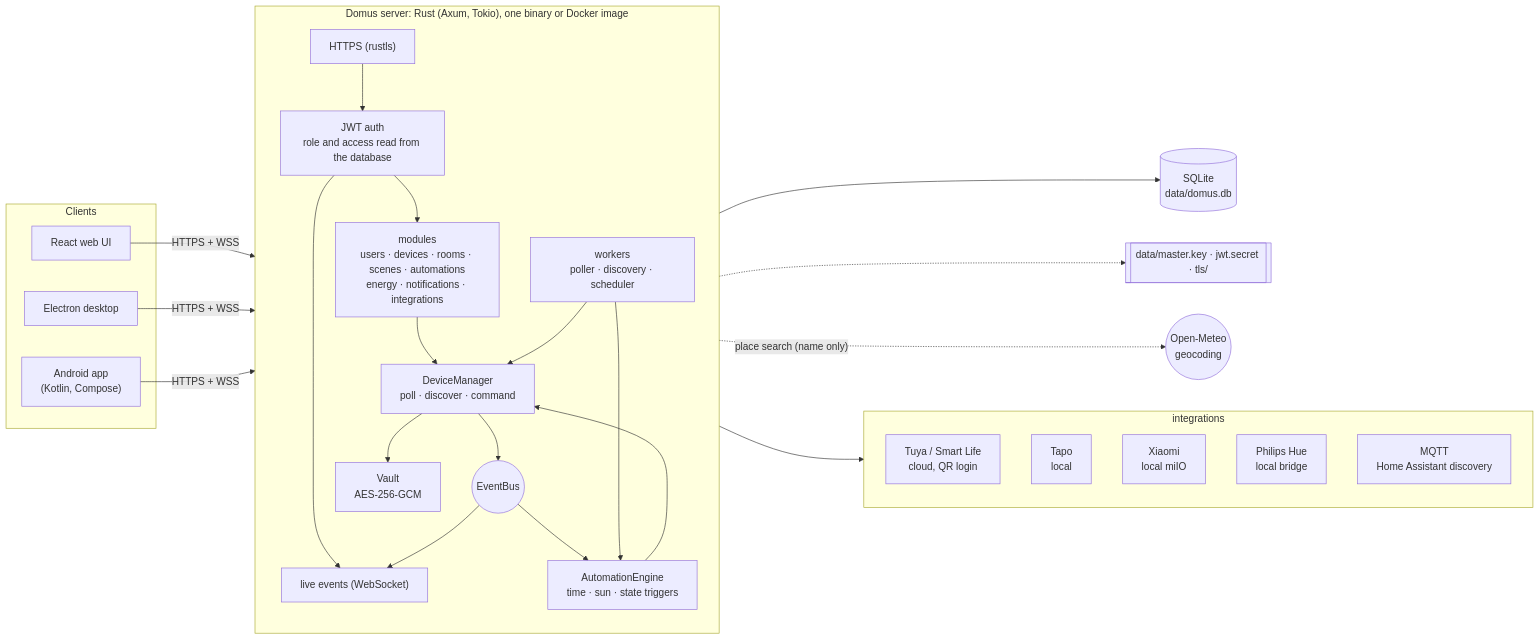
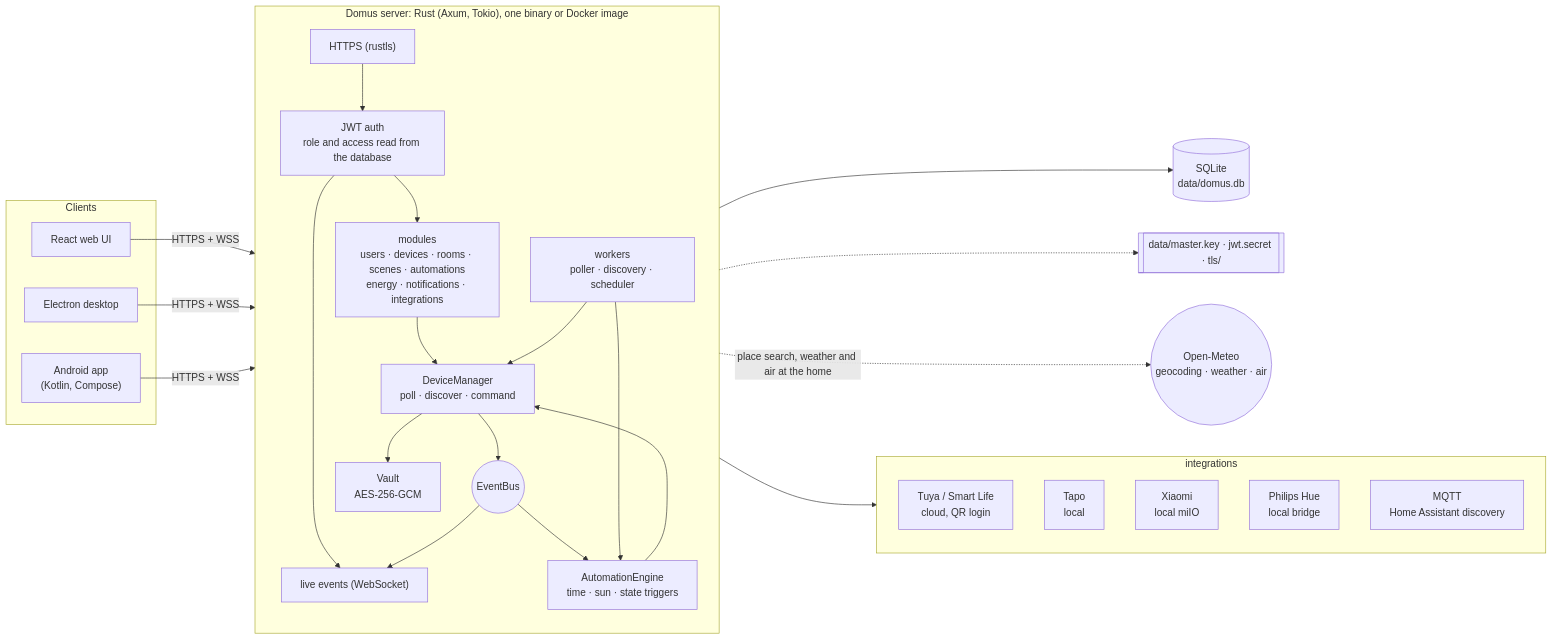
One commit to aiyu-ayaan/Domus changed the first of 2 diagrams in README.md. Above: the diagram before and after it, drawn with Mermaid. The commit also changed 29 other files, not shown here.

Commit message:
docs(About) : Credit rs-matter and its runtime crates, and Open-Meteo weather and Copernicus air data, on web, desktop and Android

````diff
--- a/README.md
+++ b/README.md
@@ -46,39 +46,39 @@
 ```mermaid
 flowchart LR
     subgraph Clients
         Web["React web UI"]
         Desk["Electron desktop"]
         And["Android app<br/>(Kotlin, Compose)"]
     end
 
     subgraph Server["Domus server: Rust (Axum, Tokio), one binary or Docker image"]
         direction TB
         TLS["HTTPS (rustls)"] --> Auth["JWT auth<br/>role and access read from the database"]
         Auth --> Modules["modules<br/>users · devices · rooms · scenes · automations<br/>energy · notifications · integrations"]
         Auth --> WS["live events (WebSocket)"]
         Modules --> Mgr["DeviceManager<br/>poll · discover · command"]
         Mgr --> Bus(("EventBus"))
         Bus --> Engine["AutomationEngine<br/>time · sun · state triggers"]
         Engine --> Mgr
         Bus --> WS
         Workers["workers<br/>poller · discovery · scheduler"] --> Mgr
         Workers --> Engine
         Mgr --> Vault["Vault<br/>AES-256-GCM"]
     end
 
     subgraph Plugins["integrations"]
         Tuya["Tuya / Smart Life<br/>cloud, QR login"]
         Tapo["Tapo<br/>local"]
         Xiaomi["Xiaomi<br/>local miIO"]
         Hue["Philips Hue<br/>local bridge"]
         Mqtt["MQTT<br/>Home Assistant discovery"]
     end
 
     DB[("SQLite<br/>data/domus.db")]
     Keys[["data/master.key · jwt.secret · tls/"]]
     Web & Desk & And -->|"HTTPS + WSS"| TLS
     Mgr --> Plugins
     Modules --> DB
     Vault -.-> Keys
-    Modules -. "place search (name only)" .-> Geo(("Open-Meteo<br/>geocoding"))
+    Modules -. "place search, weather and air at the home" .-> Geo(("Open-Meteo<br/>geocoding · weather · air"))
 ```
````
